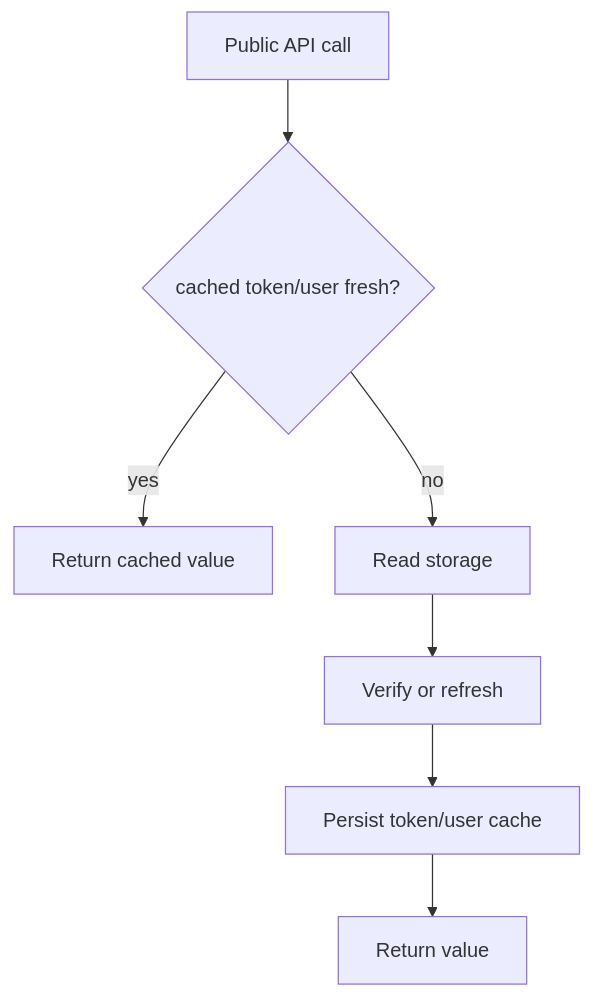
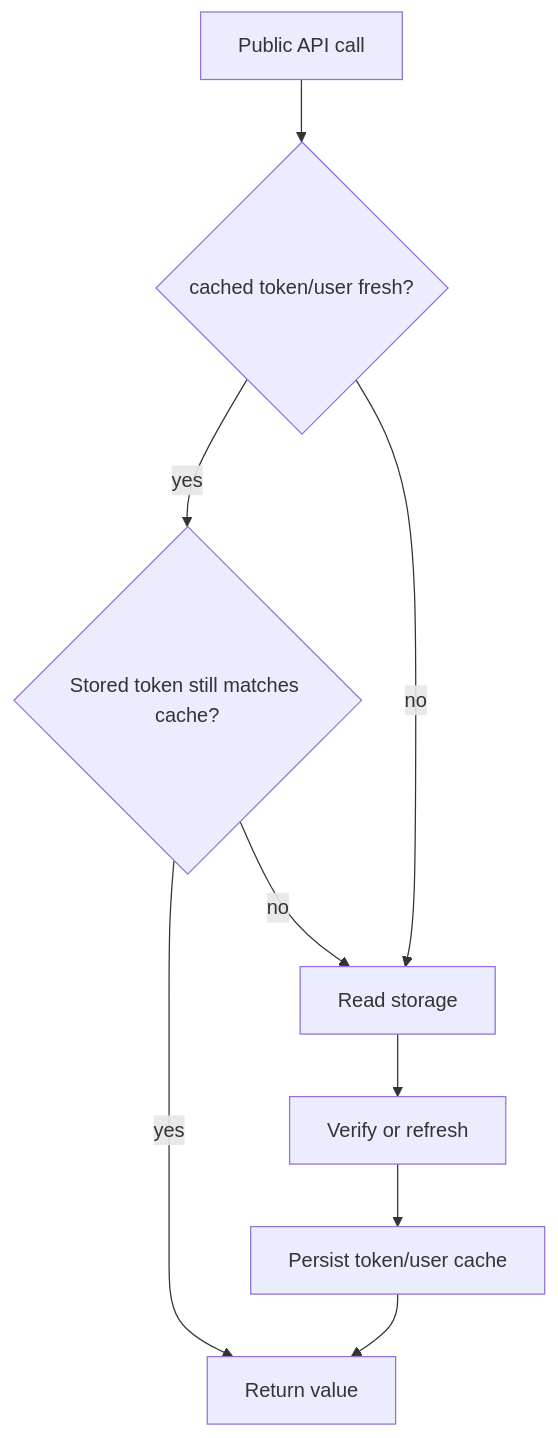
Before and after one commit to NETIX-AI-OSS/envoy-ts-auth: the diagram in docs/architecture.md, drawn with Mermaid. The commit also changed other lines of this file and 19 other files, not shown here.

````diff
--- a/docs/architecture.md
+++ b/docs/architecture.md
@@ -19,9 +19,11 @@
 ```mermaid
 flowchart TD
   A[Public API call] --> B{cached token/user fresh?}
-  B -- yes --> C[Return cached value]
+  B -- yes --> C{Stored token still matches cache?}
+  C -- yes --> G[Return cached value]
+  C -- no --> D
   B -- no --> D[Read storage]
   D --> E[Verify or refresh]
   E --> F[Persist token/user cache]
   F --> G[Return value]
 ```
````
